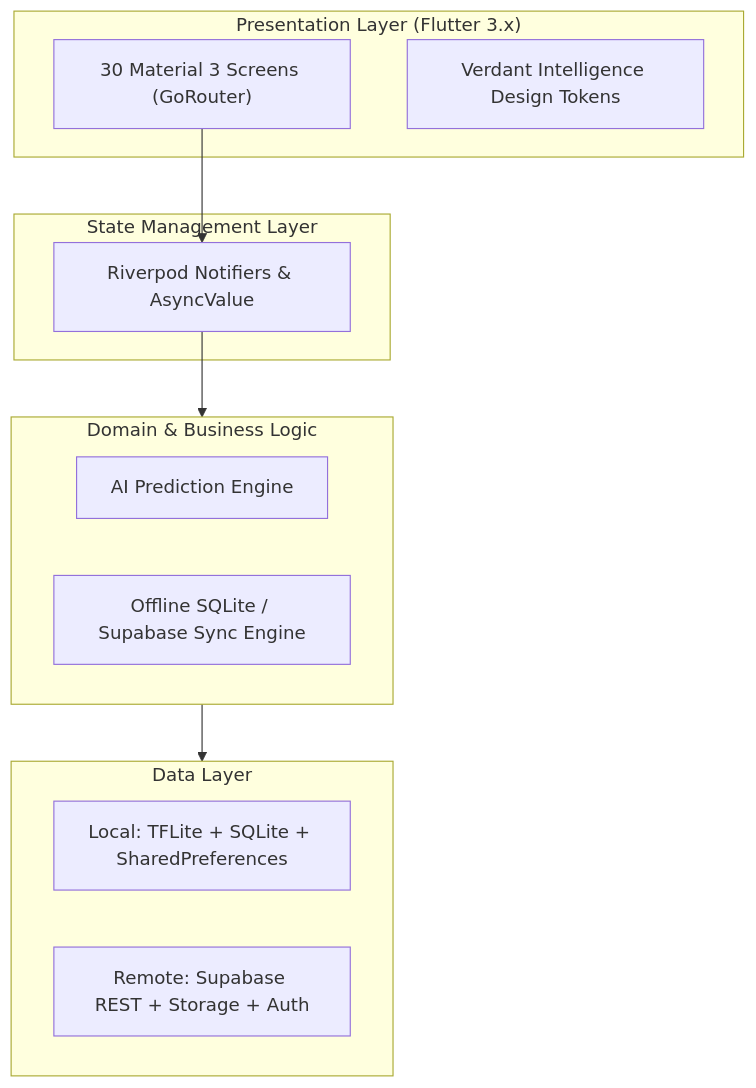
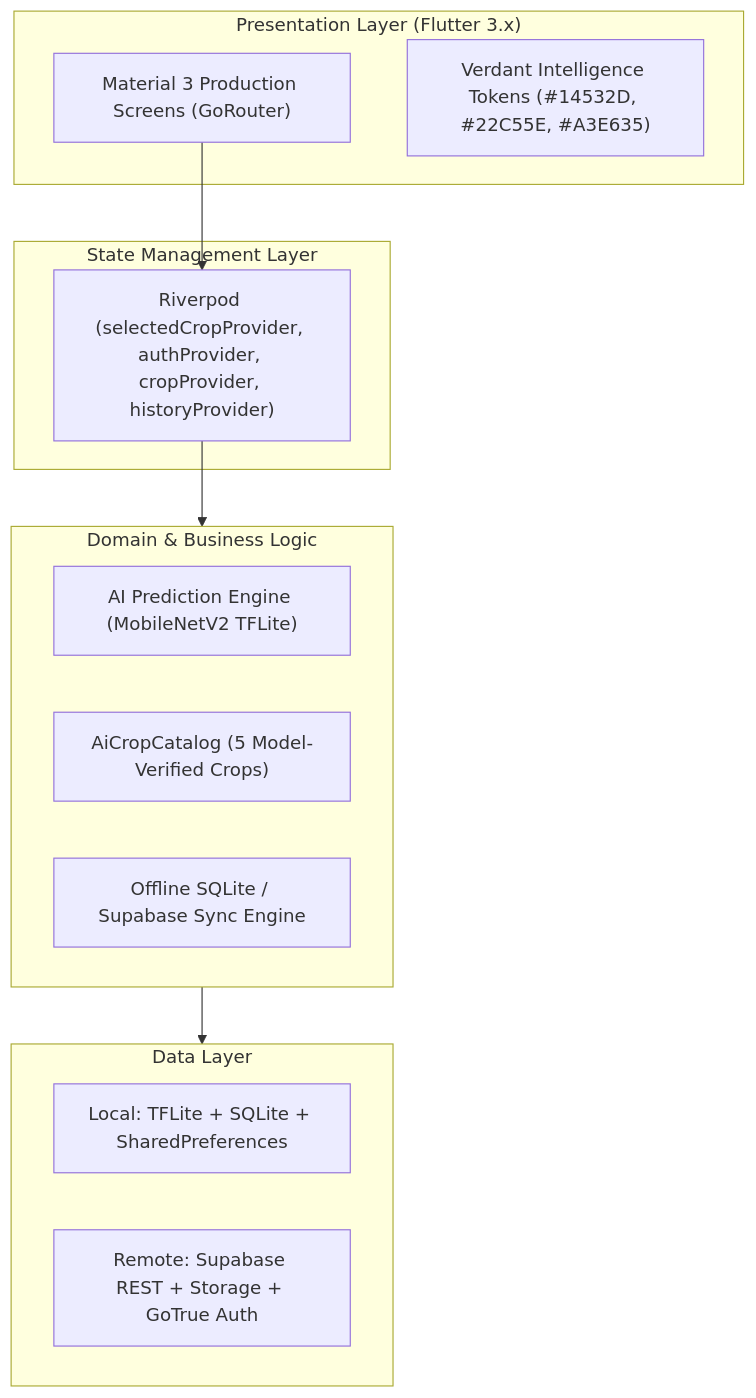
One commit to Khorsed-Alam/leaf_agro changed the second of 2 diagrams in documentation/architecture.md. Above: the diagram before and after it, drawn with Mermaid. The commit also changed other lines of this file and 11 other files, not shown here.

Commit message:
docs: add application flowchart diagram and update architecture documentation for screens 01-07

````diff
--- a/documentation/architecture.md
+++ b/documentation/architecture.md
@@ -63,25 +141,26 @@
 ```mermaid
 graph TD
     subgraph Presentation ["Presentation Layer (Flutter 3.x)"]
-        UI["30 Material 3 Screens (GoRouter)"]
-        VerdantTokens["Verdant Intelligence Design Tokens"]
+        UI["Material 3 Production Screens (GoRouter)"]
+        VerdantTokens["Verdant Intelligence Tokens (#14532D, #22C55E, #A3E635)"]
     end
 
     subgraph StateManagement ["State Management Layer"]
-        Riverpod["Riverpod Notifiers & AsyncValue"]
+        Riverpod["Riverpod (selectedCropProvider, authProvider, cropProvider, historyProvider)"]
     end
 
     subgraph DomainLogic ["Domain & Business Logic"]
-        DetectionService["AI Prediction Engine"]
+        DetectionService["AI Prediction Engine (MobileNetV2 TFLite)"]
+        AiCatalog["AiCropCatalog (5 Model-Verified Crops)"]
         SyncService["Offline SQLite / Supabase Sync Engine"]
     end
 
     subgraph DataAccess ["Data Layer"]
         LocalData["Local: TFLite + SQLite + SharedPreferences"]
-        RemoteData["Remote: Supabase REST + Storage + Auth"]
+        RemoteData["Remote: Supabase REST + Storage + GoTrue Auth"]
     end
 
     UI --> Riverpod
     Riverpod --> DomainLogic
     DomainLogic --> DataAccess
 ```
````
